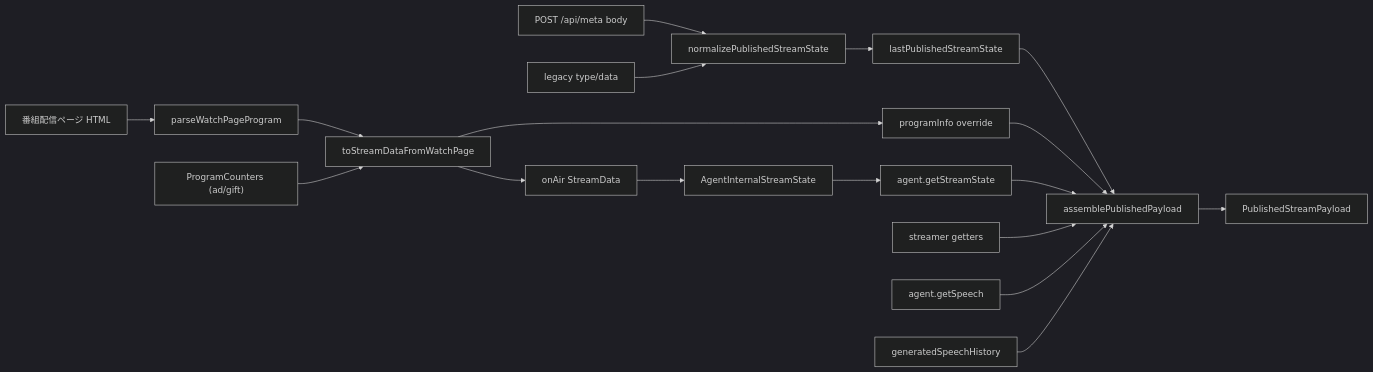
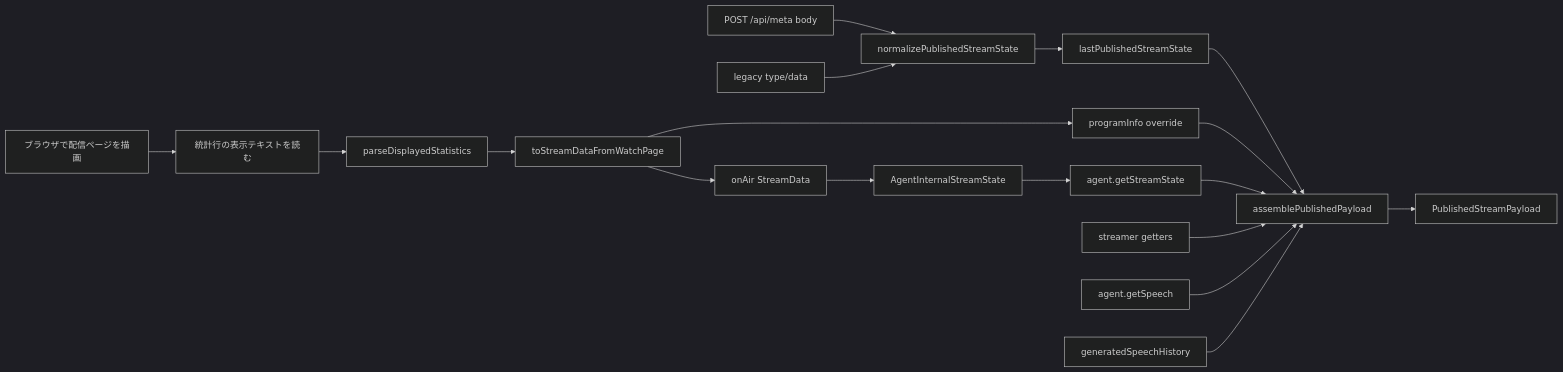
Before and after one commit to nahcnuj/makamujo: the third of 4 diagrams in architecture/domain-model-redesign.md, drawn with Mermaid (dark theme). The commit also changed other lines of this file and 24 other files, not shown here.

First line of the commit message:
feat(stream): read program info from the rendered niconama watch page

````diff
--- a/architecture/domain-model-redesign.md
+++ b/architecture/domain-model-redesign.md
@@ -311,20 +311,20 @@
 ```mermaid
 flowchart LR
-  Page["番組配信ページ HTML"] --> Parse["parseWatchPageProgram"]
+  Browser["ブラウザで配信ページを描画"] --> Read["統計行の表示テキストを読む"]
+  Read --> Parse["parseDisplayedStatistics"]
   Parse --> Map["toStreamDataFromWatchPage"]
   Map --> OnAir["onAir StreamData"]
-  Counters["ProgramCounters (ad/gift)"] --> Map
-  OnAir --> Internal["AgentInternalStreamState"]
   Map --> ProgInfo["programInfo override"]
   POST["POST /api/meta body"] --> Norm["normalizePublishedStreamState"]
   Legacy["legacy type/data"] --> Norm
   Norm --> LastPub["lastPublishedStreamState"]
+  OnAir --> Internal["AgentInternalStreamState"]
   Internal --> GetSS["agent.getStreamState"]
   LastPub --> Assemble
   ProgInfo --> Assemble
   GetSS --> Assemble["assemblePublishedPayload"]
   Streamer["streamer getters"] --> Assemble
   Speech["agent.getSpeech"] --> Assemble
   Hist["generatedSpeechHistory"] --> Assemble
   Assemble --> Pub["PublishedStreamPayload"]
 ```
````
